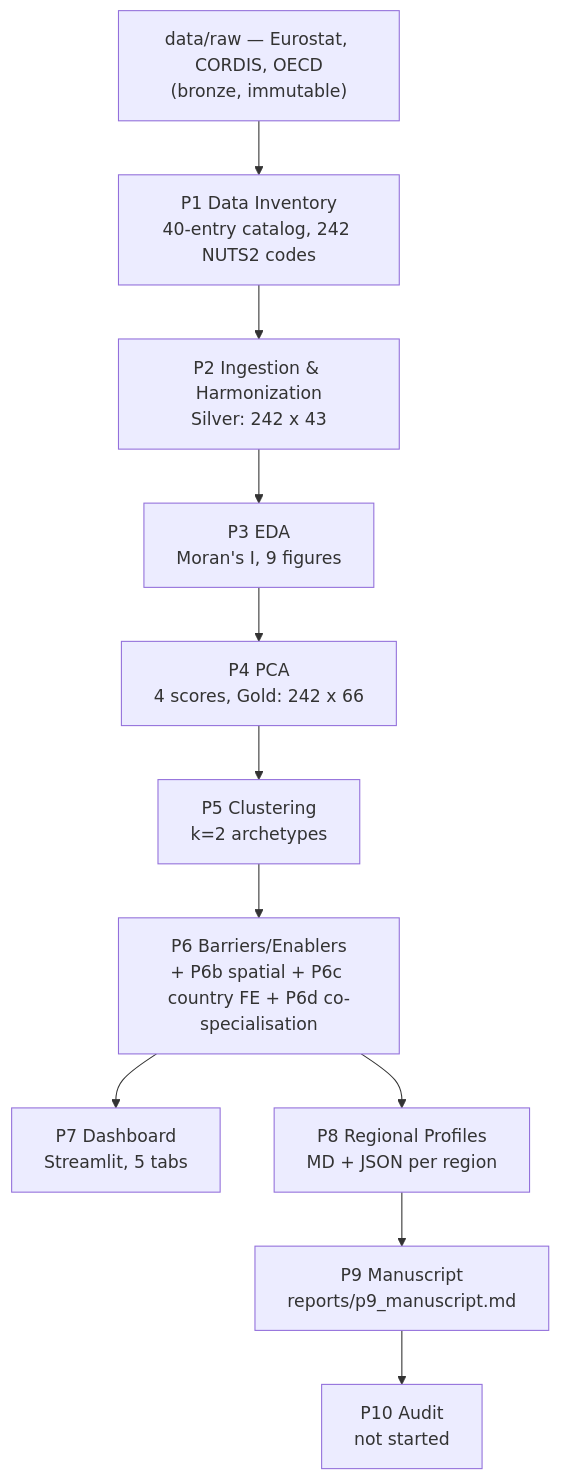
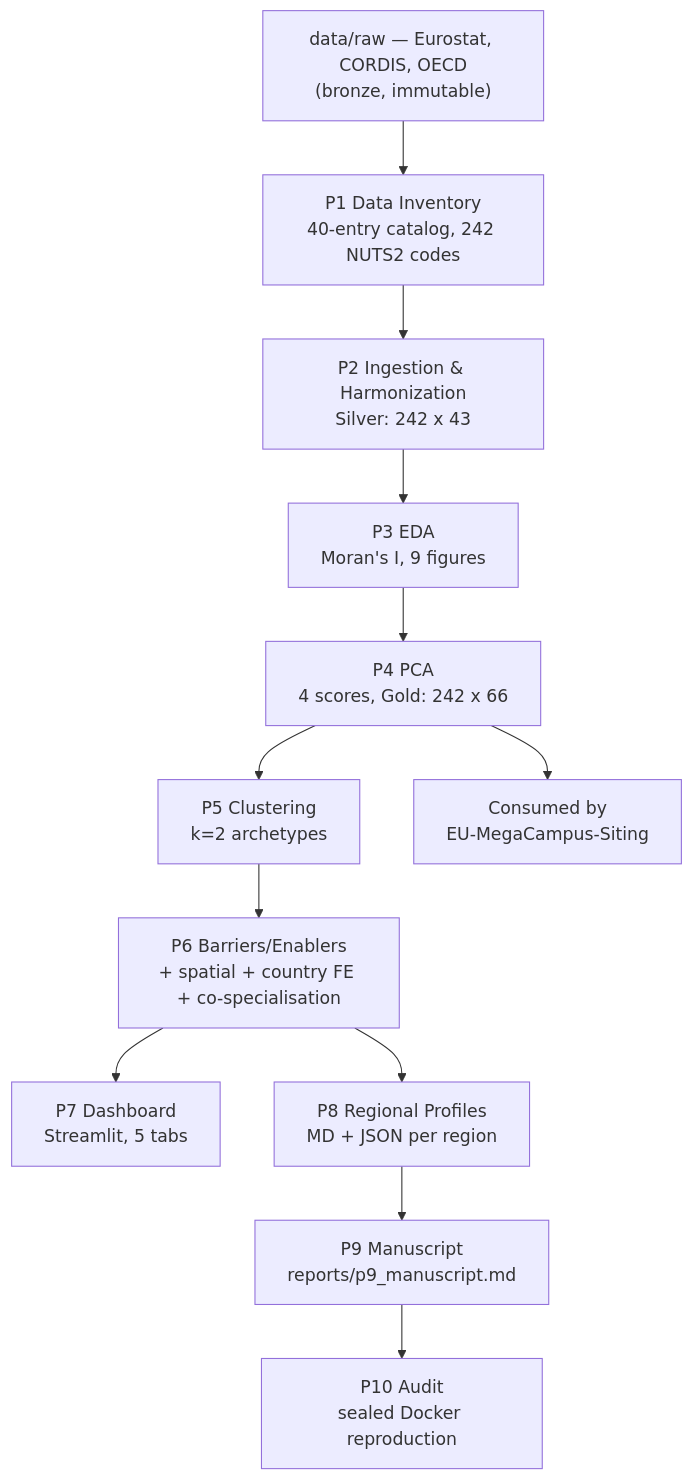
One commit to andrm101/eu-innovation-panel changed the diagram in README.md. Above: the diagram before and after it, drawn with Mermaid. The commit also changed other lines of this file, not shown here.

````diff
--- a/README.md
+++ b/README.md
@@ -22,13 +29,14 @@
 ```mermaid
 flowchart TD
     Raw["data/raw — Eurostat, CORDIS, OECD<br/>(bronze, immutable)"] --> P1["P1 Data Inventory<br/>40-entry catalog, 242 NUTS2 codes"]
     P1 --> P2["P2 Ingestion & Harmonization<br/>Silver: 242 x 43"]
     P2 --> P3["P3 EDA<br/>Moran's I, 9 figures"]
     P3 --> P4["P4 PCA<br/>4 scores, Gold: 242 x 66"]
     P4 --> P5["P5 Clustering<br/>k=2 archetypes"]
-    P5 --> P6["P6 Barriers/Enablers<br/>+ P6b spatial + P6c country FE + P6d co-specialisation"]
+    P5 --> P6["P6 Barriers/Enablers<br/>+ spatial + country FE + co-specialisation"]
     P6 --> P7["P7 Dashboard<br/>Streamlit, 5 tabs"]
     P6 --> P8["P8 Regional Profiles<br/>MD + JSON per region"]
     P8 --> P9["P9 Manuscript<br/>reports/p9_manuscript.md"]
-    P9 --> P10["P10 Audit<br/>not started"]
+    P9 --> P10["P10 Audit<br/>sealed Docker reproduction"]
+    P4 --> Downstream["Consumed by<br/>EU-MegaCampus-Siting"]
 ```
````
